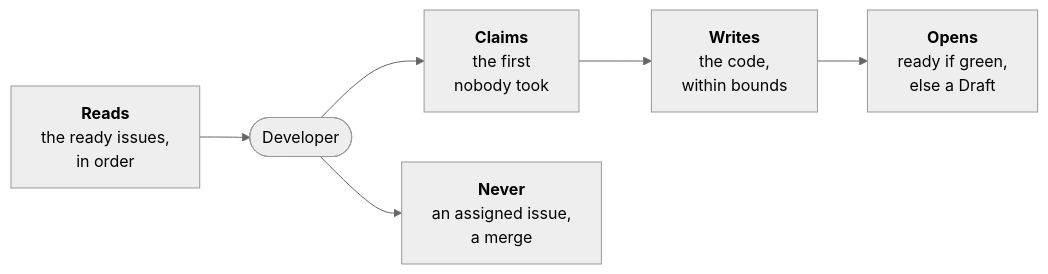
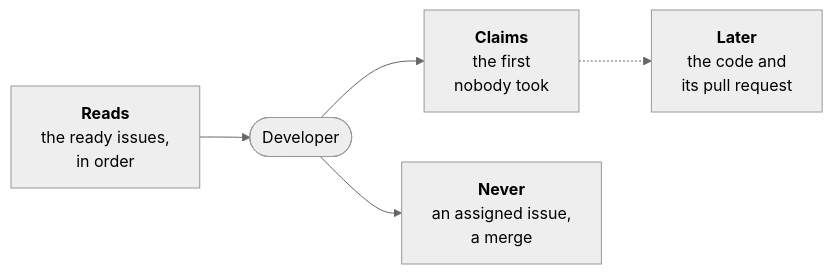
Before and after one commit to JN0V/workline: the diagram in roles/developer/README.md, drawn with Mermaid (neutral theme). The commit also changed other lines of this file and 6 other files, not shown here.

Commit message:
docs(developer): the pick, its claim label and its record

````diff
--- a/roles/developer/README.md
+++ b/roles/developer/README.md
@@ -10,11 +10,10 @@
 ```mermaid
 flowchart LR
   issue["<b>Reads</b><br/>the ready issues,<br/>in order"]
   role(["Developer"])
   claim["<b>Claims</b><br/>the first<br/>nobody took"]
   never["<b>Never</b><br/>an assigned issue,<br/>a merge"]
-  code["<b>Writes</b><br/>the code,<br/>within bounds"]
-  out["<b>Opens</b><br/>ready if green,<br/>else a Draft"]
-  issue --> role --> claim --> code --> out
+  out["<b>Later</b><br/>the code and<br/>its pull request"]
+  issue --> role --> claim -.-> out
   role --> never
 ```
````
